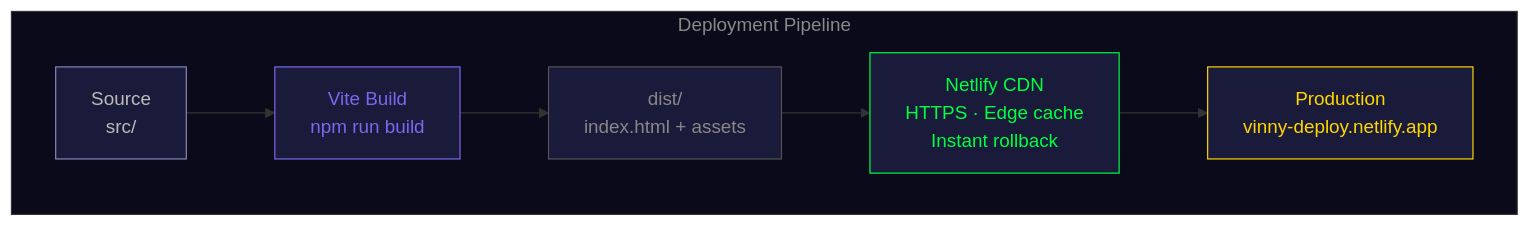
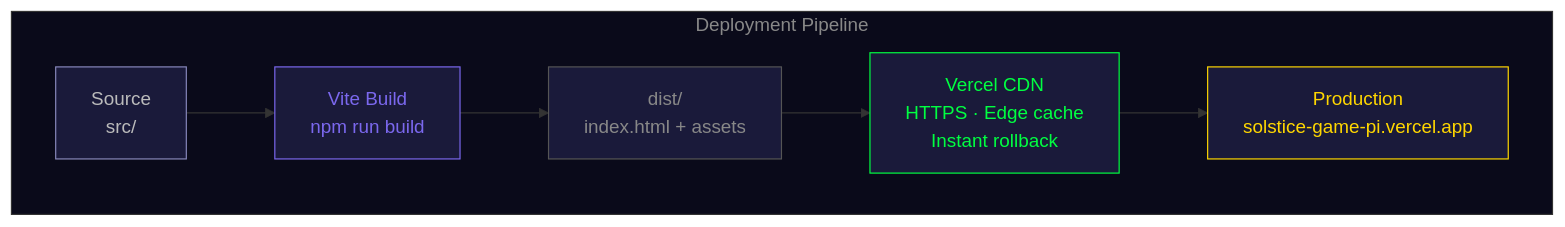
Before and after one commit to jacksonvincent012-web/Solstice-Game: the sixth of 6 diagrams in README.md, drawn with Mermaid. The commit also changed other lines of this file, not shown here.

Commit message:
Update README with Vercel deployment URL

````diff
--- a/README.md
+++ b/README.md
@@ -263,17 +263,17 @@
 ```mermaid
 flowchart LR
     subgraph Deploy[Deployment Pipeline]
         direction LR
         SRC["Source<br>src/"] --> VITE["Vite Build<br>npm run build"]
         VITE --> DIST["dist/<br>index.html + assets"]
-        DIST --> NETLIFY["Netlify CDN<br>HTTPS · Edge cache<br>Instant rollback"]
-        NETLIFY --> LIVE["Production<br>vinny-deploy.netlify.app"]
+        DIST --> VERCEL["Vercel CDN<br>HTTPS · Edge cache<br>Instant rollback"]
+        VERCEL --> LIVE["Production<br>solstice-game-pi.vercel.app"]
     end
 
     style SRC fill:#1a1a3a,stroke:#8888bb,color:#bbb
     style VITE fill:#1a1a3a,stroke:#7b68ee,color:#7b68ee
     style DIST fill:#1a1a3a,stroke:#555,color:#888
-    style NETLIFY fill:#1a1a3a,stroke:#00ff41,color:#00ff41
+    style VERCEL fill:#1a1a3a,stroke:#00ff41,color:#00ff41
     style LIVE fill:#1a1a3a,stroke:#ffd700,color:#ffd700
     style Deploy fill:#0a0a1a,stroke:#333,color:#888
 ```
````
